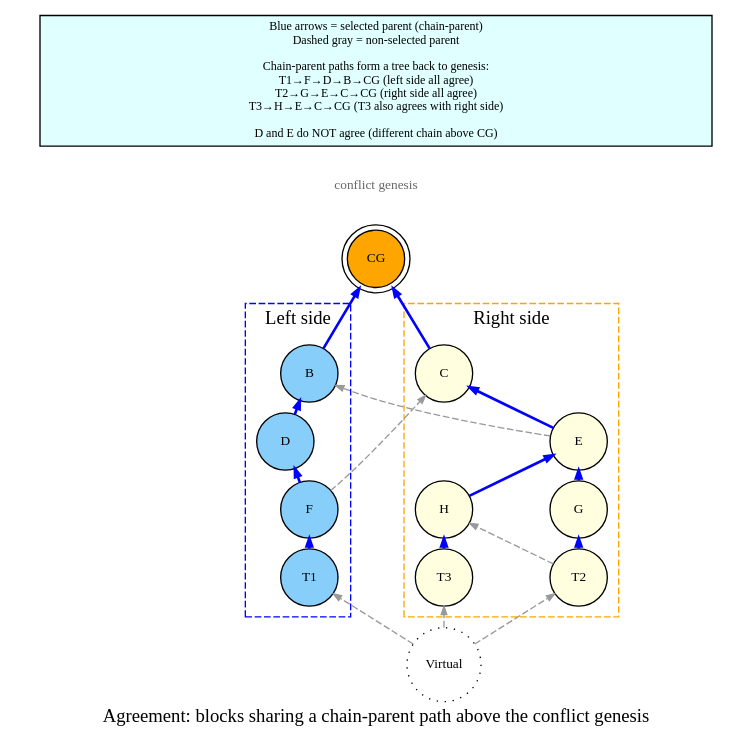
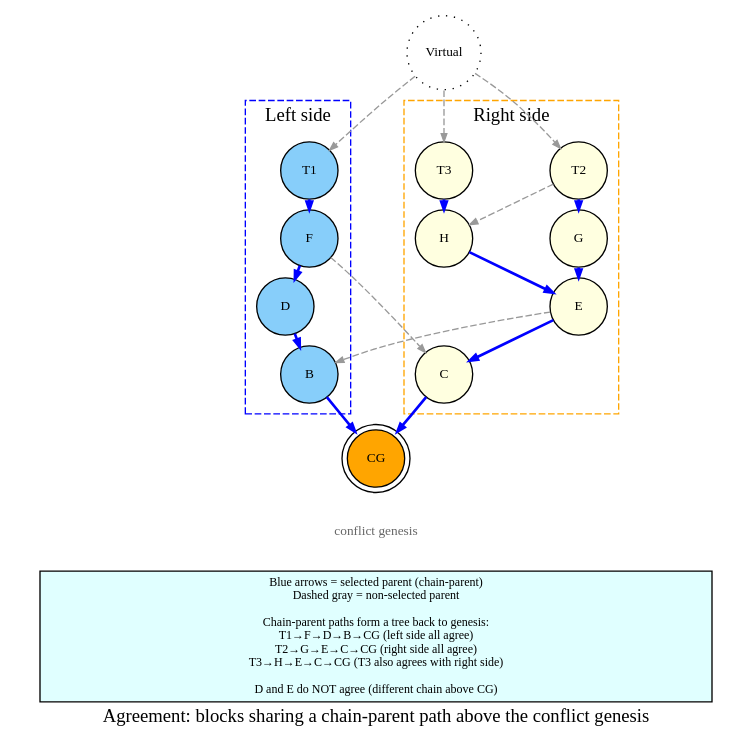
Before and after one commit to coderofstuff/dk-wiki: the diagram in dot/03-agreement.dot, drawn with Graphviz. The commit also changed 12 other files, not shown here.

```diff
--- a/dot/03-agreement.dot
+++ b/dot/03-agreement.dot
@@ -1,74 +1,74 @@
 digraph agreement_example {
-    rankdir=BT;
+    rankdir=TB;
     nodesep=0.8;
     ranksep=0.1;
     node [shape=circle, style=filled, fontsize=10, width=0.6, height=0.6];
     edge [arrowsize=0.6, color=gray60];
 
     label="Agreement: blocks sharing a chain-parent path above the conflict genesis";
 
     CG [label="CG", fillcolor=orange, shape=doublecircle];
 
     // Virtual block
     Virtual [label="Virtual", shape=circle, style=dotted, fillcolor=white];
 
     // Left side: chain CG → B → D → F → T1
     subgraph cluster_left {
         label="Left side";
-        labelloc=b;
+        labelloc=t;
         style="dashed";
         color=blue;
         B [label="B", fillcolor=lightskyblue];
         D [label="D", fillcolor=lightskyblue];
         F [label="F", fillcolor=lightskyblue];
         T1 [label="T1", fillcolor=lightskyblue];
     }
 
      // Right side: chain CG → C → E → G → T2 (with T3 branching off H)
     subgraph cluster_right {
         label="Right side";
-        labelloc=b;
+        labelloc=t;
         style="dashed";
         color=orange;
         C [label="C", fillcolor=lightyellow];
         E [label="E", fillcolor=lightyellow];
         G [label="G", fillcolor=lightyellow];
         T2 [label="T2", fillcolor=lightyellow];
         H [label="H", fillcolor=lightyellow];
         T3 [label="T3", fillcolor=lightyellow];
     }
 
     // CG label node
     CG_lbl [label="conflict genesis", shape=plaintext, style=filled, fillcolor=none, fontsize=10, fontcolor=gray40, width=0];
 
     // Annotation at bottom
     NOTE [label="Blue arrows = selected parent (chain-parent)\nDashed gray = non-selected parent\n\nChain-parent paths form a tree back to genesis:\nT1→F→D→B→CG (left side all agree)\nT2→G→E→C→CG (right side all agree)\nT3→H→E→C→CG (T3 also agrees with right side)\n\nD and E do NOT agree (different chain above CG)", shape=box, style=filled, fillcolor=lightcyan, fontsize=9, width=7];
 
     // Blue edges = selected parent (chain-parent path)
     D -> B [color=blue, penwidth=2.0];
     F -> D [color=blue, penwidth=2.0];
     T1 -> F [color=blue, penwidth=2.0];
     E -> C [color=blue, penwidth=2.0];
     G -> E [color=blue, penwidth=2.0];
     T2 -> G [color=blue, penwidth=2.0];
     H -> E [color=blue, penwidth=2.0];
     T3 -> H [color=blue, penwidth=2.0];
 
     // Blue to CG (selected parent of B and C)
     B -> CG [color=blue, penwidth=2.0];
     C -> CG [color=blue, penwidth=2.0];
 
     // Gray dashed = non-selected parent
     T2 -> H [color=gray60, penwidth=1.0, style=dashed];
     F -> C [color=gray60, penwidth=1.0, style=dashed];
     E -> B [color=gray60, penwidth=1.0, style=dashed];
 
     // Bottom chain from CG
     CG -> CG_lbl [style=invis];
     CG_lbl -> NOTE [style=invis];
 
     // Virtual block points to all tips
     Virtual -> T1 [color=gray60, penwidth=1.0, style=dashed];
     Virtual -> T2 [color=gray60, penwidth=1.0, style=dashed];
     Virtual -> T3 [color=gray60, penwidth=1.0, style=dashed];
 }
```
